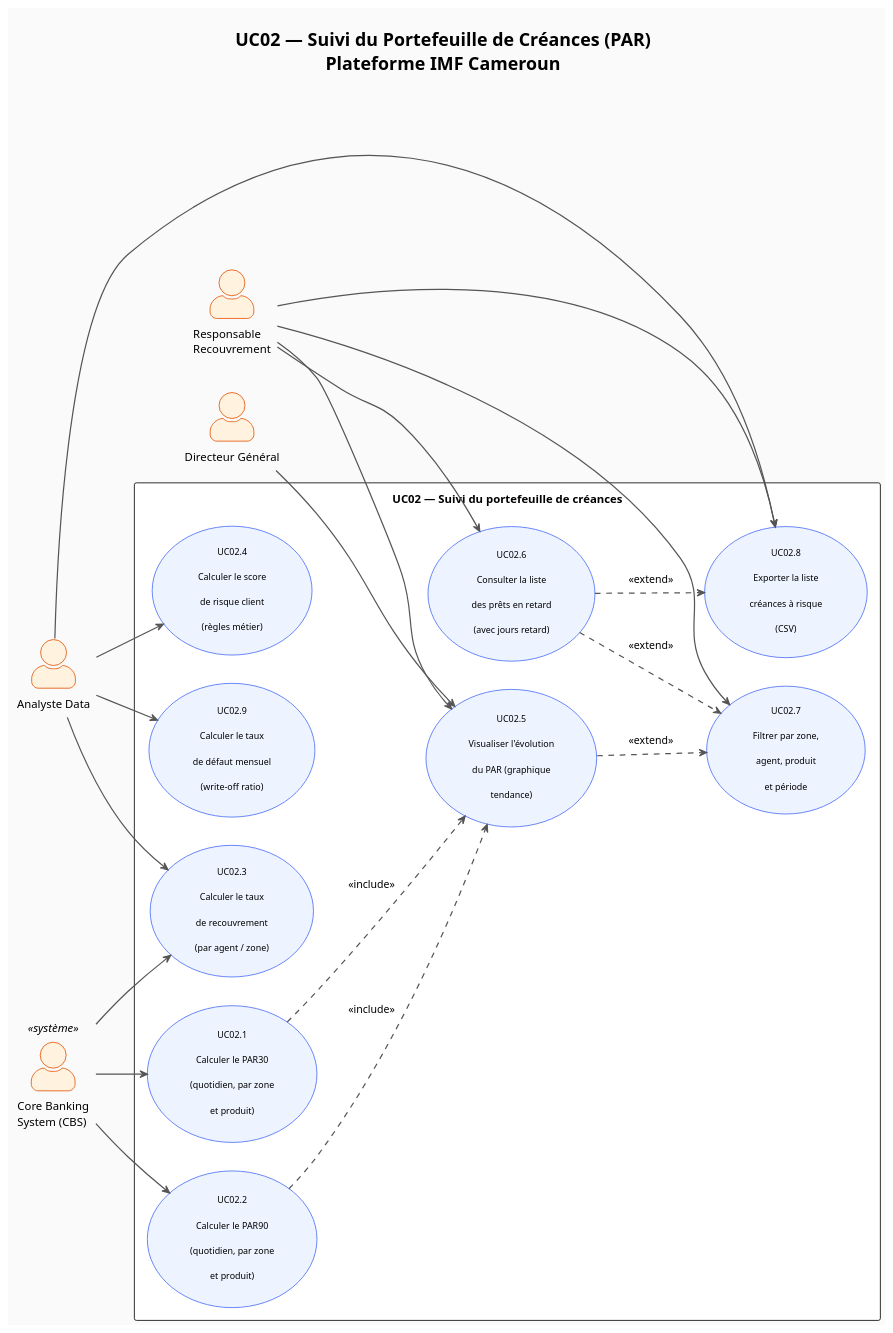
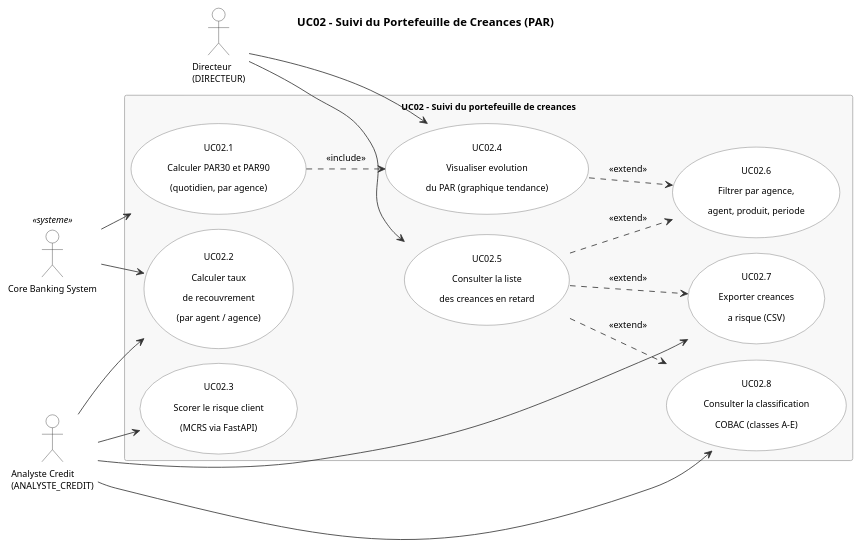
Before and after one commit to renekomtsindi237/Stage: the diagram in docs/V0/diagrammes/01_use_cases/UC02_portefeuille_creances.puml, drawn with PlantUML. The commit also changed 246 other files, not shown here.

```diff
--- a/docs/V0/diagrammes/01_use_cases/UC02_portefeuille_creances.puml
+++ b/docs/V0/diagrammes/01_use_cases/UC02_portefeuille_creances.puml
@@ -1,64 +1,60 @@
 @startuml UC02_portefeuille_creances
-!theme plain
-skinparam backgroundColor #FAFAFA
-skinparam actorStyle awesome
+!pragma layout smetana
+skinparam shadowing false
+skinparam defaultFontSize 11
+skinparam backgroundColor white
+skinparam ArrowColor #333333
+skinparam ArrowThickness 1
+skinparam Padding 5
+skinparam actorStyle none
 skinparam usecase {
-  BackgroundColor #EEF4FF
-  BorderColor #4A6CF7
-  FontSize 11
+  BackgroundColor white
+  BorderColor #666666
 }
 skinparam actor {
-  BackgroundColor #FFF3E0
-  BorderColor #E65100
+  BackgroundColor white
+  BorderColor #333333
 }
-skinparam ArrowColor #555555
-skinparam ArrowThickness 1.5
-skinparam Padding 8
+skinparam rectangle {
+  BackgroundColor #F8F8F8
+  BorderColor #AAAAAA
+}
 
-title UC02 — Suivi du Portefeuille de Créances (PAR)\nPlateforme IMF Cameroun
+title UC02 - Suivi du Portefeuille de Creances (PAR)
 
 left to right direction
 
-actor "Responsable\nRecouvrement" as RR
-actor "Analyste Data" as AD
-actor "Directeur Général" as DG
-actor "Core Banking\nSystem (CBS)" as CBS <<système>>
+actor "Directeur\n(DIRECTEUR)" as DIR
+actor "Analyste Credit\n(ANALYSTE_CREDIT)" as ANA
+actor "Core Banking System" as CBS <<systeme>>
 
-rectangle "UC02 — Suivi du portefeuille de créances" {
+rectangle "UC02 - Suivi du portefeuille de creances" {
 
-  usecase "UC02.1\nCalculer le PAR30\n(quotidien, par zone\net produit)" as UC0201
-  usecase "UC02.2\nCalculer le PAR90\n(quotidien, par zone\net produit)" as UC0202
-  usecase "UC02.3\nCalculer le taux\nde recouvrement\n(par agent / zone)" as UC0203
-  usecase "UC02.4\nCalculer le score\nde risque client\n(règles métier)" as UC0204
-  usecase "UC02.5\nVisualiser l'évolution\ndu PAR (graphique\ntendance)" as UC0205
-  usecase "UC02.6\nConsulter la liste\ndes prêts en retard\n(avec jours retard)" as UC0206
-  usecase "UC02.7\nFiltrer par zone,\nagent, produit\net période" as UC0207
-  usecase "UC02.8\nExporter la liste\ncréances à risque\n(CSV)" as UC0208
-  usecase "UC02.9\nCalculer le taux\nde défaut mensuel\n(write-off ratio)" as UC0209
+  usecase "UC02.1\nCalculer PAR30 et PAR90\n(quotidien, par agence)" as UC0201
+  usecase "UC02.2\nCalculer taux\nde recouvrement\n(par agent / agence)" as UC0202
+  usecase "UC02.3\nScorer le risque client\n(MCRS via FastAPI)" as UC0203
+  usecase "UC02.4\nVisualiser evolution\ndu PAR (graphique tendance)" as UC0204
+  usecase "UC02.5\nConsulter la liste\ndes creances en retard" as UC0205
+  usecase "UC02.6\nFiltrer par agence,\nagent, produit, periode" as UC0206
+  usecase "UC02.7\nExporter creances\na risque (CSV)" as UC0207
+  usecase "UC02.8\nConsulter la classification\nCOBAC (classes A-E)" as UC0208
 
 }
 
-' Acteurs humains
-RR --> UC0205
-RR --> UC0206
-RR --> UC0207
-RR --> UC0208
-AD --> UC0203
-AD --> UC0204
-AD --> UC0208
-AD --> UC0209
-DG --> UC0205
+DIR --> UC0204
+DIR --> UC0205
+ANA --> UC0202
+ANA --> UC0203
+ANA --> UC0207
+ANA --> UC0208
 
-' Acteurs systèmes
 CBS --> UC0201
 CBS --> UC0202
-CBS --> UC0203
 
-' Inclusions / Extensions
-UC0201 ..> UC0205 : <<include>>
-UC0202 ..> UC0205 : <<include>>
+UC0201 ..> UC0204 : <<include>>
+UC0204 ..> UC0206 : <<extend>>
+UC0205 ..> UC0206 : <<extend>>
 UC0205 ..> UC0207 : <<extend>>
-UC0206 ..> UC0207 : <<extend>>
-UC0206 ..> UC0208 : <<extend>>
+UC0205 ..> UC0208 : <<extend>>
 
 @enduml
```
